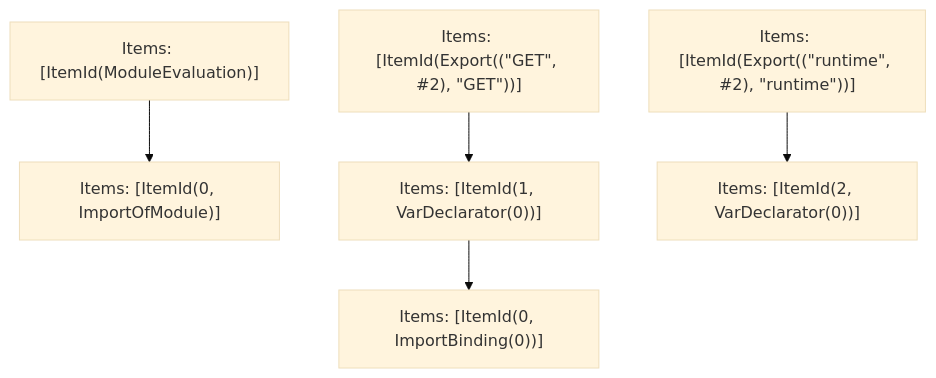
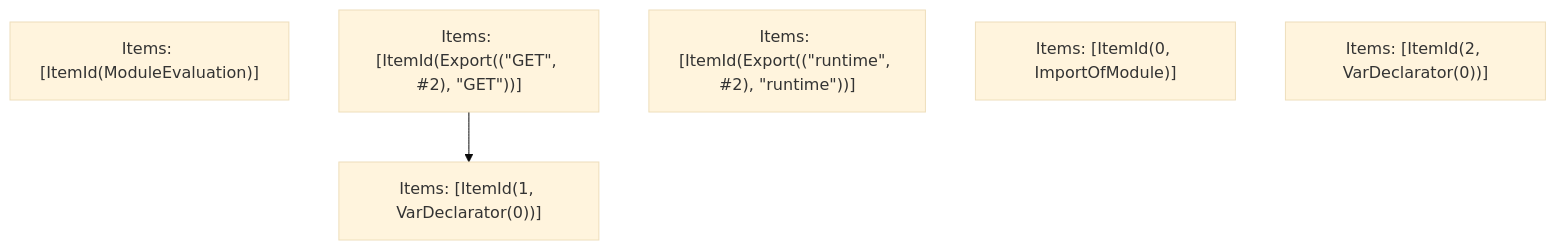
One commit to Sonar-UX-Testing-FreePlan/next.js changed the fifth of 5 diagrams in turbopack/crates/turbopack-ecmascript/tests/tree-shaker/analyzer/route-handler/output.md. Above: the diagram before and after it, drawn with Mermaid (base theme). The commit also changed other lines of this file and 38 other files, not shown here.

````diff
--- a/turbopack/crates/turbopack-ecmascript/tests/tree-shaker/analyzer/route-handler/output.md
+++ b/turbopack/crates/turbopack-ecmascript/tests/tree-shaker/analyzer/route-handler/output.md
@@ -117,14 +117,10 @@
 ```mermaid
 graph TD
     N0["Items: [ItemId(ModuleEvaluation)]"];
     N1["Items: [ItemId(Export((&quot;GET&quot;, #2), &quot;GET&quot;))]"];
     N2["Items: [ItemId(Export((&quot;runtime&quot;, #2), &quot;runtime&quot;))]"];
-    N3["Items: [ItemId(0, ImportOfModule)]"];
-    N4["Items: [ItemId(0, ImportBinding(0))]"];
-    N5["Items: [ItemId(1, VarDeclarator(0))]"];
-    N6["Items: [ItemId(2, VarDeclarator(0))]"];
-    N5 --> N4;
-    N1 --> N5;
-    N2 --> N6;
-    N0 --> N3;
+    N3["Items: [ItemId(1, VarDeclarator(0))]"];
+    N4["Items: [ItemId(0, ImportOfModule)]"];
+    N5["Items: [ItemId(2, VarDeclarator(0))]"];
+    N1 --> N3;
 ```
````
